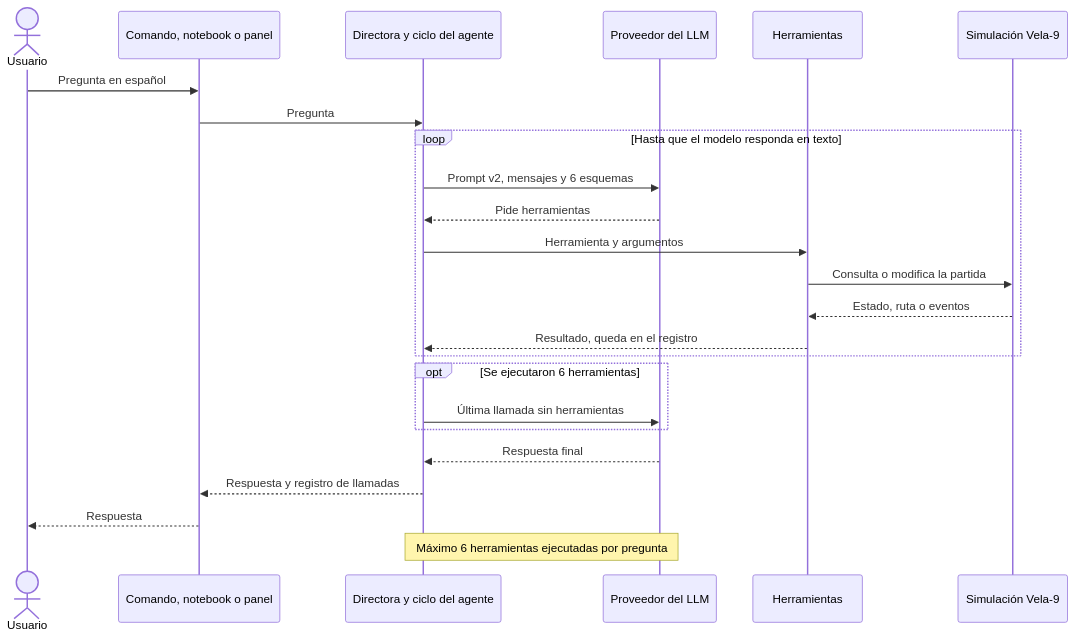
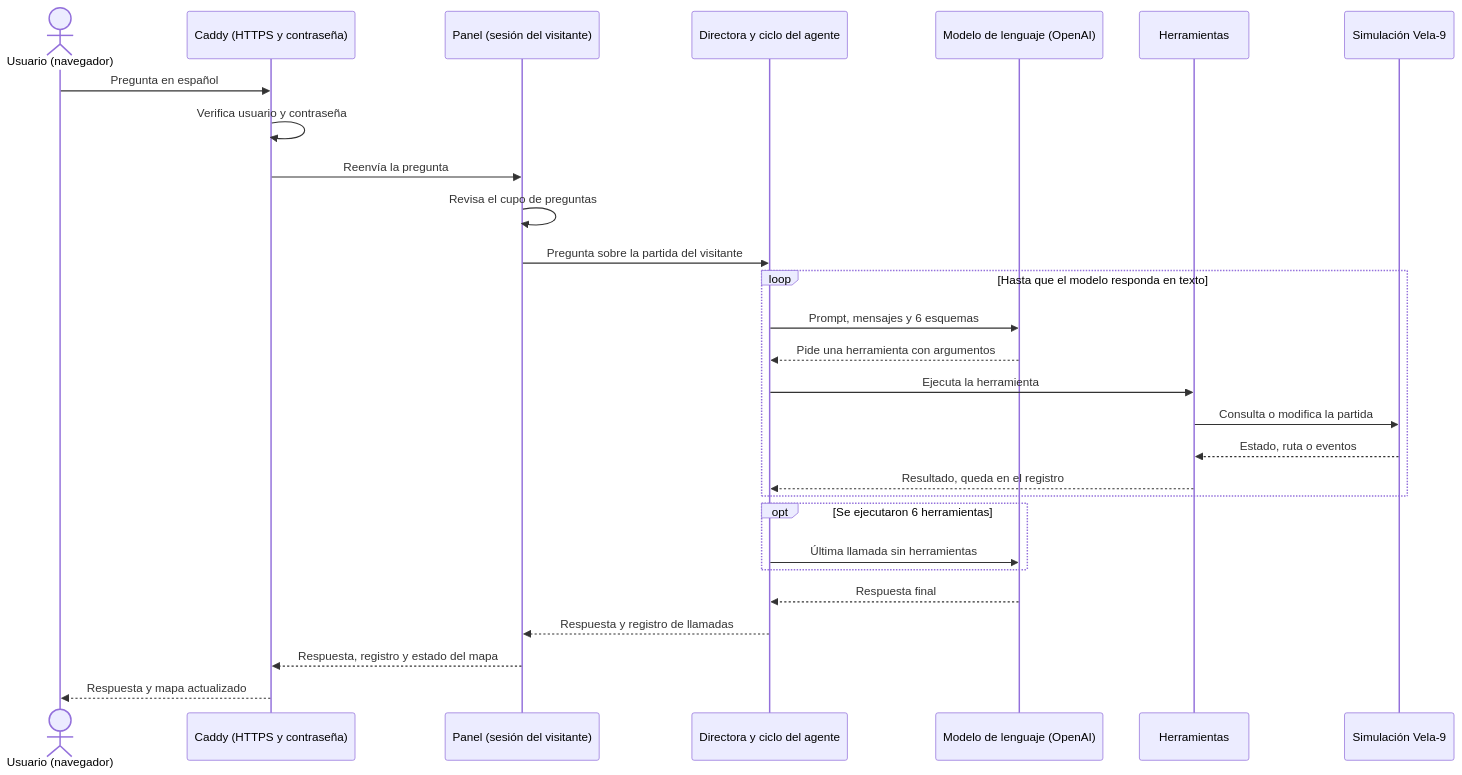
Before and after one commit to jalvarez01/Xenomorfo-Q: the second of 2 diagrams in README.md, drawn with Mermaid. The commit also changed other lines of this file, not shown here.

````diff
--- a/README.md
+++ b/README.md
@@ -61,26 +99,30 @@
 ```mermaid
 sequenceDiagram
-    actor U as Usuario
-    participant E as Comando, notebook o panel
+    actor U as Usuario (navegador)
+    participant C as Caddy (HTTPS y contraseña)
+    participant P as Panel (sesión del visitante)
     participant A as Directora y ciclo del agente
-    participant N as Proveedor del LLM
+    participant M as Modelo de lenguaje (OpenAI)
     participant H as Herramientas
     participant S as Simulación Vela-9
-    U->>E: Pregunta en español
-    E->>A: Pregunta
+    U->>C: Pregunta en español
+    C->>C: Verifica usuario y contraseña
+    C->>P: Reenvía la pregunta
+    P->>P: Revisa el cupo de preguntas
+    P->>A: Pregunta sobre la partida del visitante
     loop Hasta que el modelo responda en texto
-        A->>N: Prompt v2, mensajes y 6 esquemas
-        N-->>A: Pide herramientas
-        A->>H: Herramienta y argumentos
+        A->>M: Prompt, mensajes y 6 esquemas
+        M-->>A: Pide una herramienta con argumentos
+        A->>H: Ejecuta la herramienta
         H->>S: Consulta o modifica la partida
         S-->>H: Estado, ruta o eventos
         H-->>A: Resultado, queda en el registro
     end
     opt Se ejecutaron 6 herramientas
-        A->>N: Última llamada sin herramientas
+        A->>M: Última llamada sin herramientas
     end
-    N-->>A: Respuesta final
-    A-->>E: Respuesta y registro de llamadas
-    E-->>U: Respuesta
-    Note over A,N: Máximo 6 herramientas ejecutadas por pregunta
+    M-->>A: Respuesta final
+    A-->>P: Respuesta y registro de llamadas
+    P-->>C: Respuesta, registro y estado del mapa
+    C-->>U: Respuesta y mapa actualizado
 ```
````
